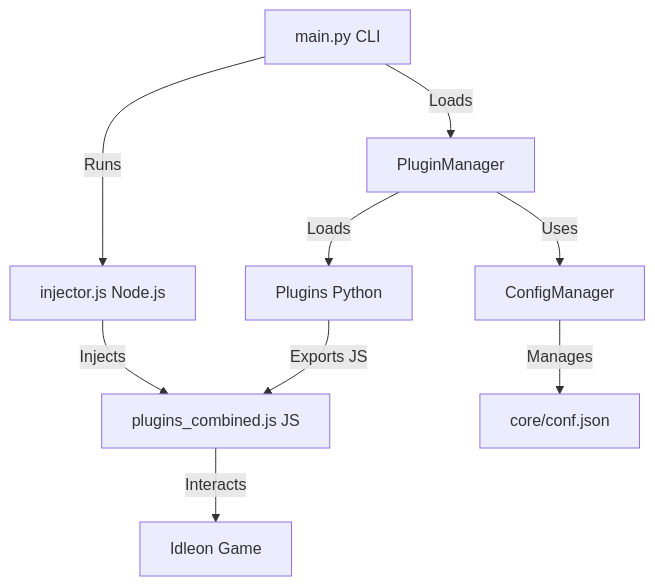
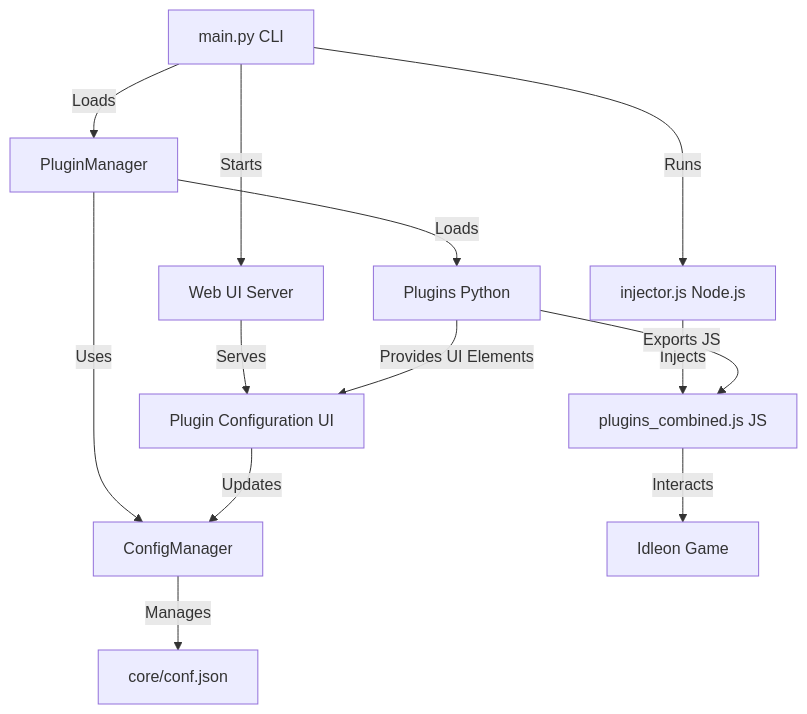
The diagram in README.md (xi-ve/IdleonWeb), drawn with Mermaid before and after one commit. The commit also changed other lines of this file and 8 other files, not shown here.

````diff
--- a/README.md
+++ b/README.md
@@ -23,11 +25,15 @@
 ```mermaid
 graph TD
     A[main.py CLI] -->|Loads| B[PluginManager]
     B -->|Loads| C[Plugins Python]
     B -->|Uses| D[ConfigManager]
     A -->|Runs| E[injector.js Node.js]
     E -->|Injects| F[plugins_combined.js JS]
     F -->|Interacts| G[Idleon Game]
     C -->|Exports JS| F
     D -->|Manages| H[core/conf.json]
+    A -->|Starts| I[Web UI Server]
+    I -->|Serves| J[Plugin Configuration UI]
+    J -->|Updates| D
+    C -->|Provides UI Elements| J
 ```
````
